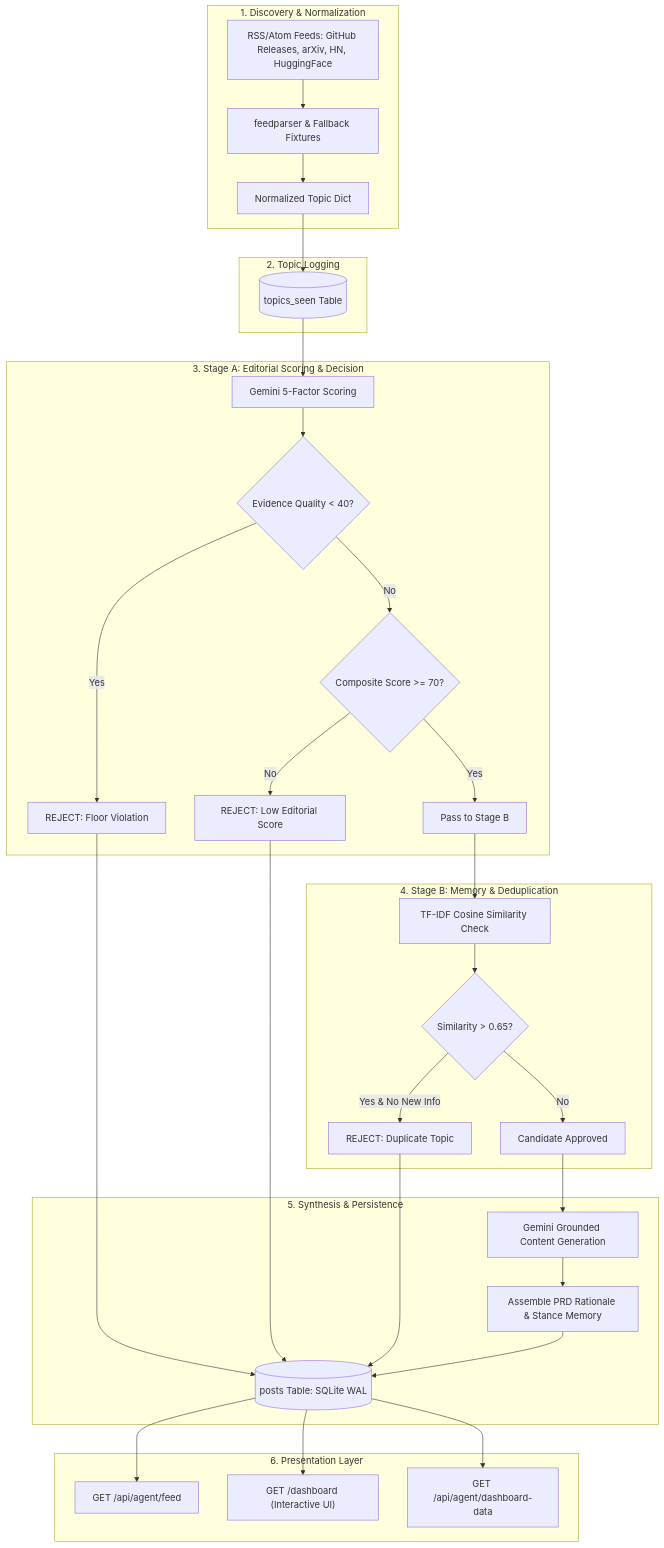
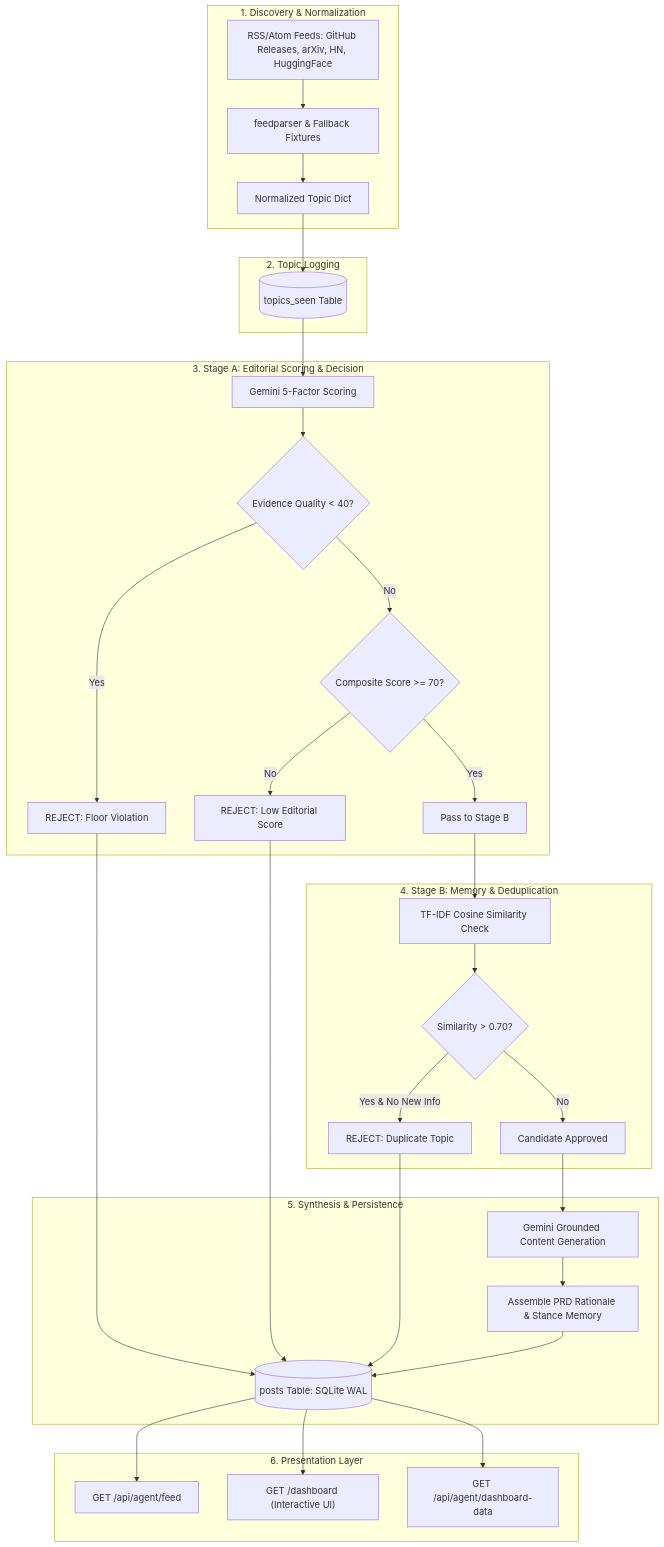
Before and after one commit to mittalkaavy-coder/nexus-autonomous-ai: the diagram in README.md, drawn with Mermaid. The commit also changed other lines of this file, not shown here.

````diff
--- a/README.md
+++ b/README.md
@@ -57,42 +57,42 @@
 ```mermaid
 flowchart TD
     subgraph Discovery ["1. Discovery & Normalization"]
         A[RSS/Atom Feeds: GitHub Releases, arXiv, HN, HuggingFace] --> B[feedparser & Fallback Fixtures]
         B --> C[Normalized Topic Dict]
     end
 
     subgraph MemoryLogging ["2. Topic Logging"]
         C --> D[(topics_seen Table)]
     end
 
     subgraph StageA ["3. Stage A: Editorial Scoring & Decision"]
         D --> E[Gemini 5-Factor Scoring]
         E --> F{Evidence Quality < 40?}
         F -- Yes --> G[REJECT: Floor Violation]
         F -- No --> H{Composite Score >= 70?}
         H -- No --> I[REJECT: Low Editorial Score]
         H -- Yes --> J[Pass to Stage B]
     end
 
     subgraph StageB ["4. Stage B: Memory & Deduplication"]
         J --> K[TF-IDF Cosine Similarity Check]
-        K --> L{Similarity > 0.65?}
+        K --> L{Similarity > 0.70?}
         L -- Yes & No New Info --> M[REJECT: Duplicate Topic]
         L -- No --> N[Candidate Approved]
     end
 
     subgraph Generation ["5. Synthesis & Persistence"]
         N --> O[Gemini Grounded Content Generation]
         O --> P[Assemble PRD Rationale & Stance Memory]
         P --> Q[(posts Table: SQLite WAL)]
         G --> Q
         I --> Q
         M --> Q
     end
 
     subgraph Output ["6. Presentation Layer"]
         Q --> R["GET /api/agent/feed"]
         Q --> S["GET /dashboard (Interactive UI)"]
         Q --> T["GET /api/agent/dashboard-data"]
     end
 ```
````
